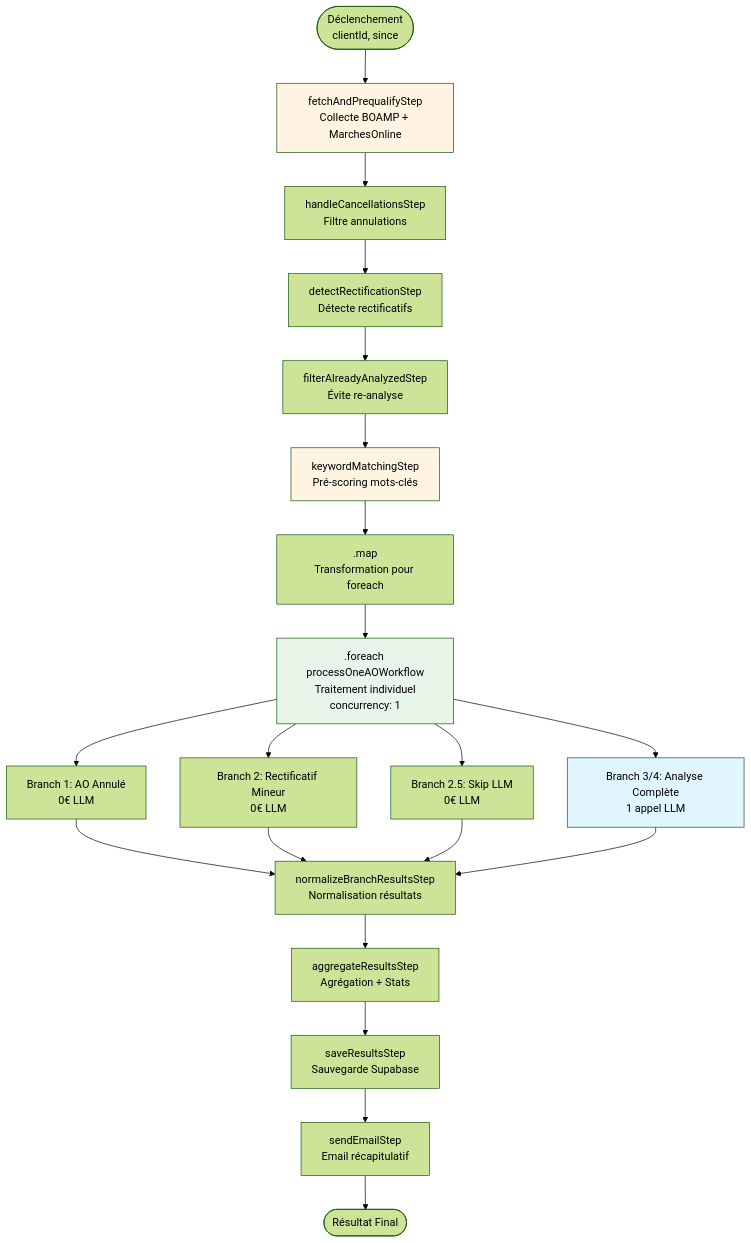
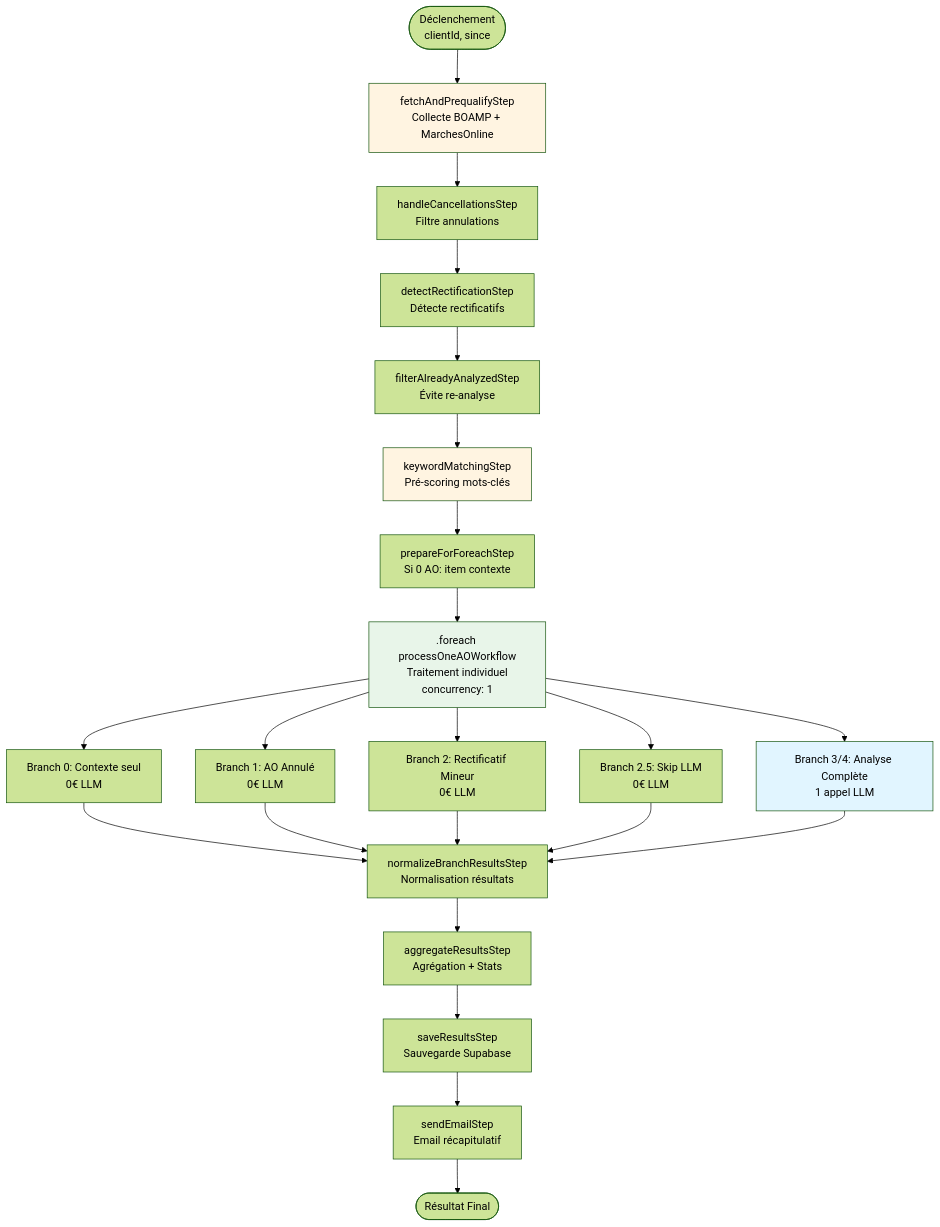
Before and after one commit to HugoDeiss/Balthazar---Agentic-System---AO-veille-: the first of 4 diagrams in WORKFLOW_AO_VEILLE.md, drawn with Mermaid (forest theme). The commit also changed other lines of this file and 3 other files, not shown here.

First line of the commit message:
docs: mise à jour workflow (prepareForForeachStep, branche 0, email CONFIRMATION) et nettoyage

````diff
--- a/WORKFLOW_AO_VEILLE.md
+++ b/WORKFLOW_AO_VEILLE.md
@@ -74,30 +72,32 @@
 ```mermaid
 graph TB
     Start([Déclenchement<br/>clientId, since]) --> Fetch[fetchAndPrequalifyStep<br/>Collecte BOAMP + MarchesOnline]
     Fetch --> Cancellations[handleCancellationsStep<br/>Filtre annulations]
     Cancellations --> Rectifs[detectRectificationStep<br/>Détecte rectificatifs]
     Rectifs --> Filter[filterAlreadyAnalyzedStep<br/>Évite re-analyse]
     Filter --> Keywords[keywordMatchingStep<br/>Pré-scoring mots-clés]
-    Keywords --> Map[.map<br/>Transformation pour foreach]
-    Map --> Foreach[.foreach processOneAOWorkflow<br/>Traitement individuel<br/>concurrency: 1]
+    Keywords --> Prepare[prepareForForeachStep<br/>Si 0 AO: item contexte]
+    Prepare --> Foreach[.foreach processOneAOWorkflow<br/>Traitement individuel<br/>concurrency: 1]
     
+    Foreach --> Branch0[Branch 0: Contexte seul<br/>0€ LLM]
     Foreach --> Branch1[Branch 1: AO Annulé<br/>0€ LLM]
     Foreach --> Branch2[Branch 2: Rectificatif Mineur<br/>0€ LLM]
     Foreach --> Branch3[Branch 2.5: Skip LLM<br/>0€ LLM]
     Foreach --> Branch4[Branch 3/4: Analyse Complète<br/>1 appel LLM]
     
-    Branch1 --> Normalize[normalizeBranchResultsStep<br/>Normalisation résultats]
+    Branch0 --> Normalize[normalizeBranchResultsStep<br/>Normalisation résultats]
+    Branch1 --> Normalize
     Branch2 --> Normalize
     Branch3 --> Normalize
     Branch4 --> Normalize
     
     Normalize --> Aggregate[aggregateResultsStep<br/>Agrégation + Stats]
     Aggregate --> Save[saveResultsStep<br/>Sauvegarde Supabase]
     Save --> Email[sendEmailStep<br/>Email récapitulatif]
     Email --> End([Résultat Final])
     
     style Fetch fill:#fff4e1
     style Keywords fill:#fff4e1
     style Branch4 fill:#e1f5ff
     style Foreach fill:#e8f5e9
 ```
````
